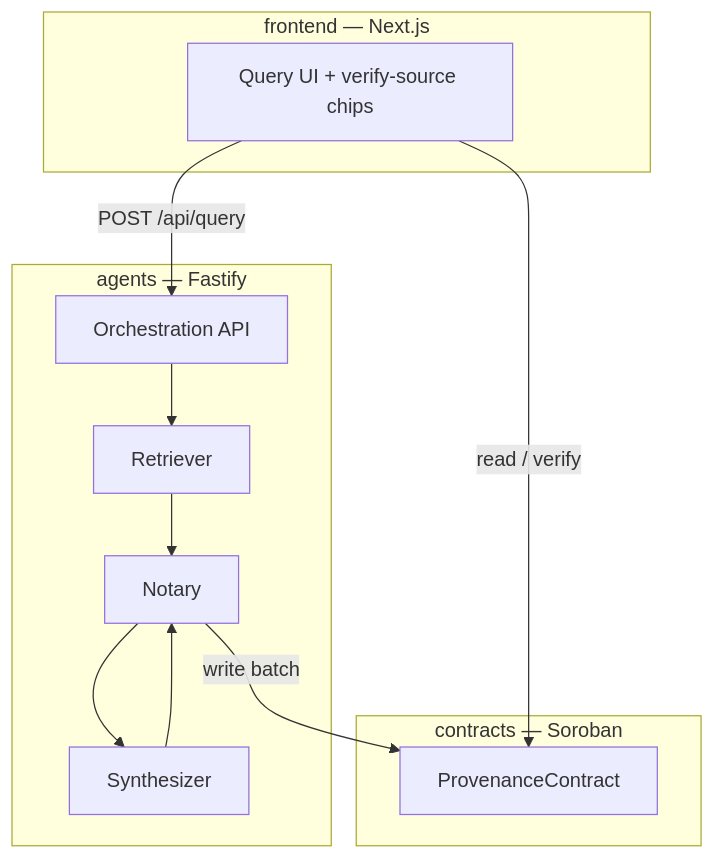
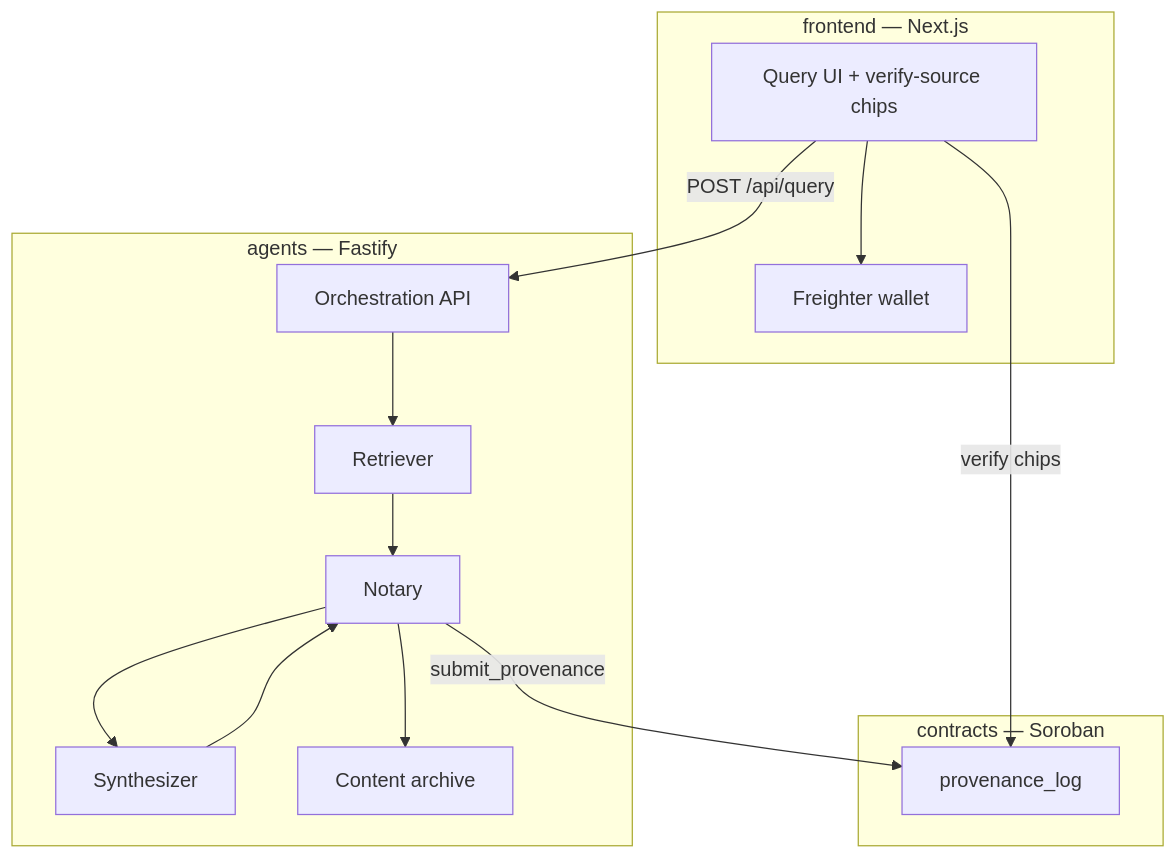
The diagram in README.md (abdulahaddayater/ProvenanceBot), drawn with Mermaid before and after one commit. The commit also changed other lines of this file and 15 other files, not shown here.

````diff
--- a/README.md
+++ b/README.md
@@ -18,22 +30,26 @@
 ```mermaid
 flowchart TB
   subgraph frontend [frontend — Next.js]
     UI[Query UI + verify-source chips]
+    W[Freighter wallet]
   end
 
   subgraph agents [agents — Fastify]
     API[Orchestration API]
     R[Retriever]
     S[Synthesizer]
     N[Notary]
+    ARCH[Content archive]
     API --> R --> N --> S --> N
+    N --> ARCH
   end
 
   subgraph chain [contracts — Soroban]
-    PC[ProvenanceContract]
+    PL[provenance_log]
   end
 
+  UI --> W
   UI -->|POST /api/query| API
-  N -->|write batch| PC
-  UI -->|read / verify| PC
+  N -->|submit_provenance| PL
+  UI -->|verify chips| PL
 ```
````
